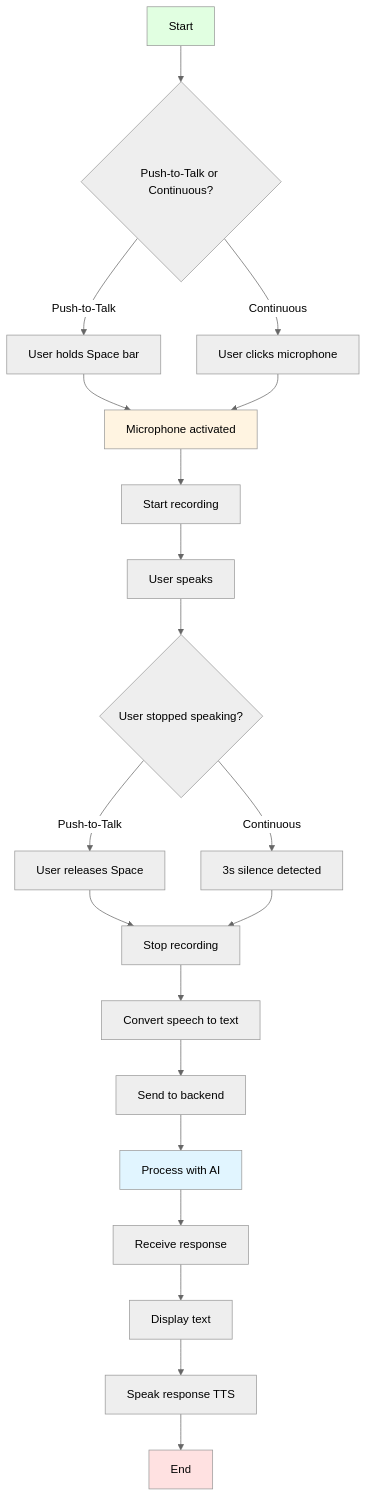
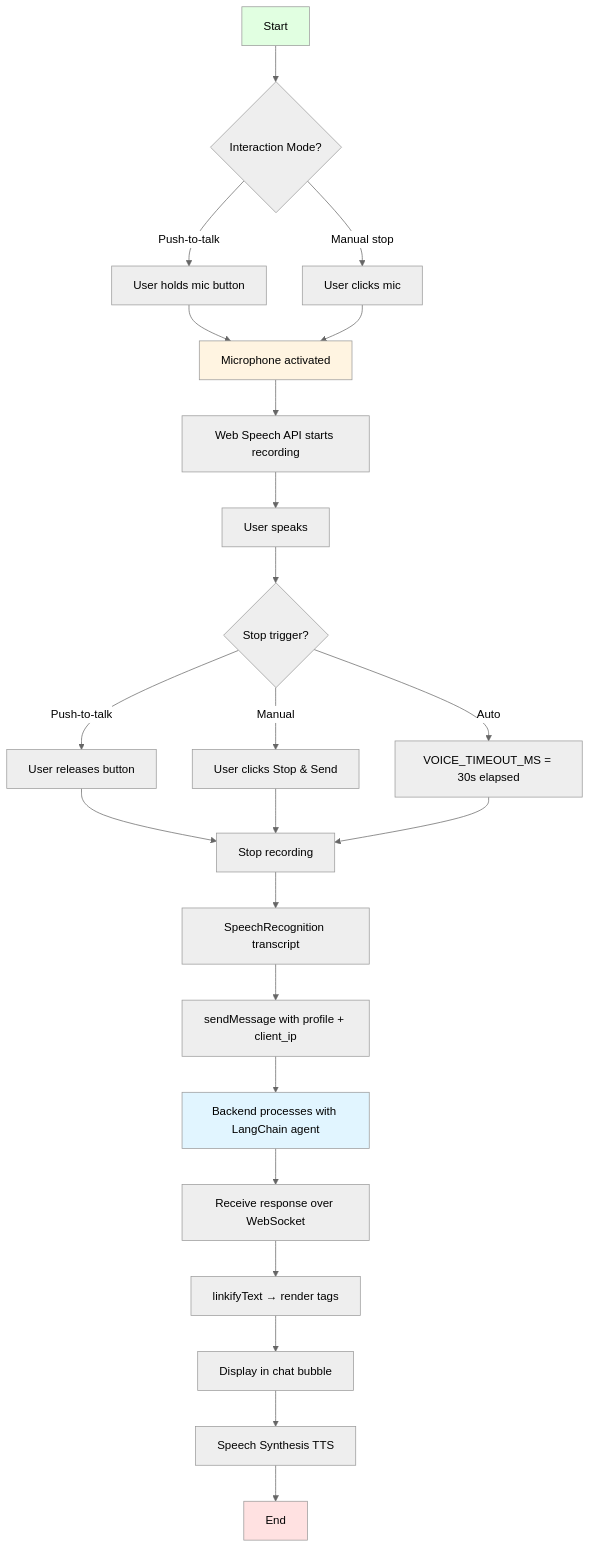
One commit to saikiranaravala/PersonalizedVoiceLocationAwareAgent changed diagram 27 of 31 in docs/DIAGRAMS.md. Above: the diagram before and after it, drawn with Mermaid (neutral theme). The commit also changed other lines of this file and 4 other files, not shown here.

````diff
--- a/docs/DIAGRAMS.md
+++ b/docs/DIAGRAMS.md
@@ -685,32 +889,35 @@
 ```mermaid
 flowchart TD
-    A[Start] --> B{Push-to-Talk or Continuous?}
-    B -->|Push-to-Talk| C[User holds Space bar]
-    B -->|Continuous| D[User clicks microphone]
-    
+    A[Start] --> B{Interaction Mode?}
+    B -->|Push-to-talk| C[User holds mic button]
+    B -->|Manual stop| D[User clicks mic]
+
     C --> E[Microphone activated]
     D --> E
-    
-    E --> F[Start recording]
+
+    E --> F[Web Speech API starts recording]
     F --> G[User speaks]
-    G --> H{User stopped speaking?}
-    
-    H -->|Push-to-Talk| I[User releases Space]
-    H -->|Continuous| J[3s silence detected]
-    
-    I --> K[Stop recording]
-    J --> K
-    
-    K --> L[Convert speech to text]
-    L --> M[Send to backend]
-    M --> N[Process with AI]
-    N --> O[Receive response]
-    O --> P[Display text]
-    P --> Q[Speak response TTS]
-    Q --> R[End]
-    
+    G --> H{Stop trigger?}
+
+    H -->|Push-to-talk| I[User releases button]
+    H -->|Manual| J[User clicks Stop & Send]
+    H -->|Auto| K[VOICE_TIMEOUT_MS = 30s elapsed]
+
+    I --> L[Stop recording]
+    J --> L
+    K --> L
+
+    L --> M[SpeechRecognition transcript]
+    M --> N[sendMessage with profile + client_ip]
+    N --> O[Backend processes with LangChain agent]
+    O --> P[Receive response over WebSocket]
+    P --> Q[linkifyText → render <a> tags]
+    Q --> R[Display in chat bubble]
+    R --> S[Speech Synthesis TTS]
+    S --> T[End]
+
     style A fill:#e1ffe1
     style E fill:#fff4e1
-    style N fill:#e1f5ff
-    style R fill:#ffe1e1
+    style O fill:#e1f5ff
+    style T fill:#ffe1e1
 ```
````
